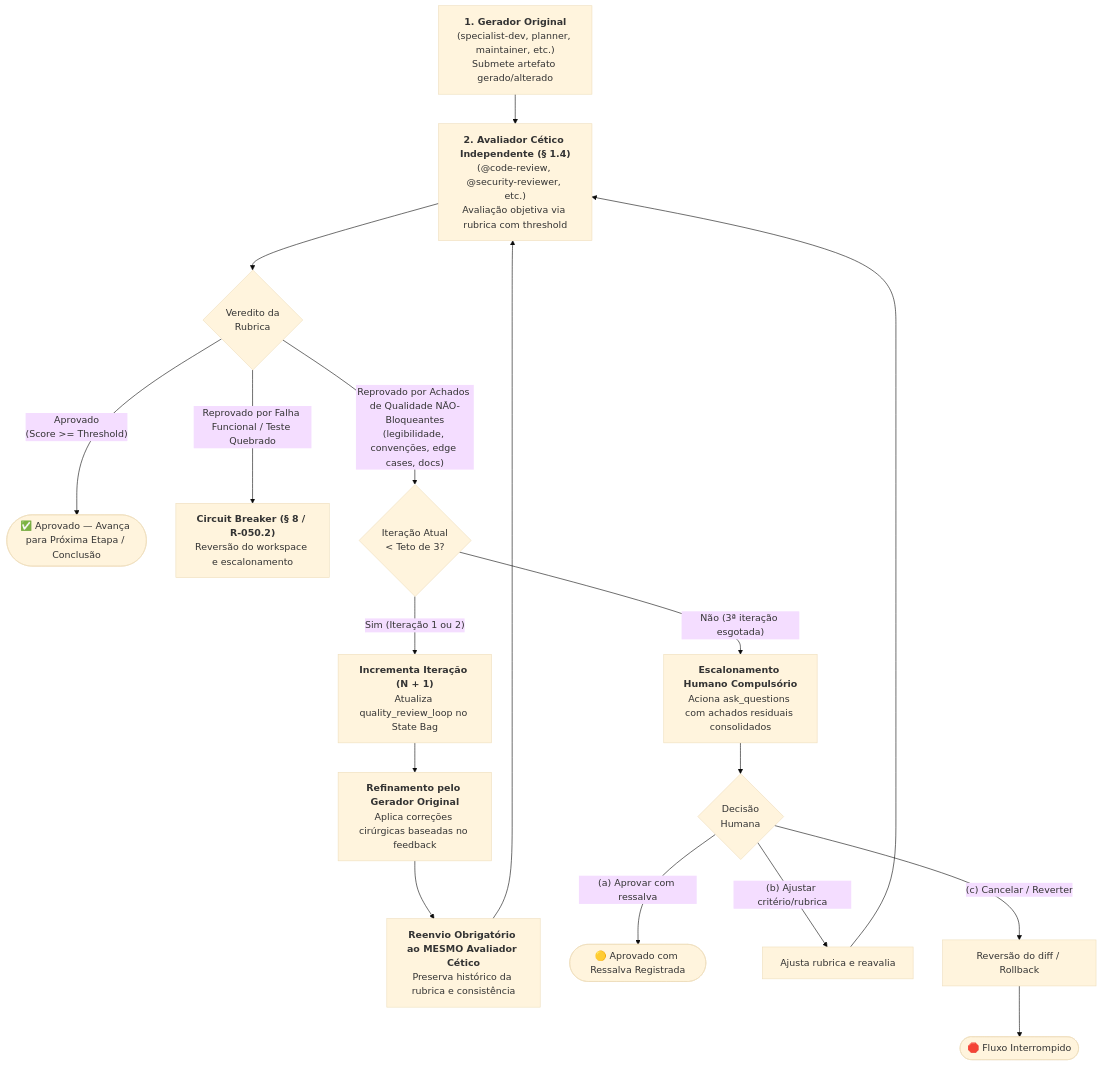
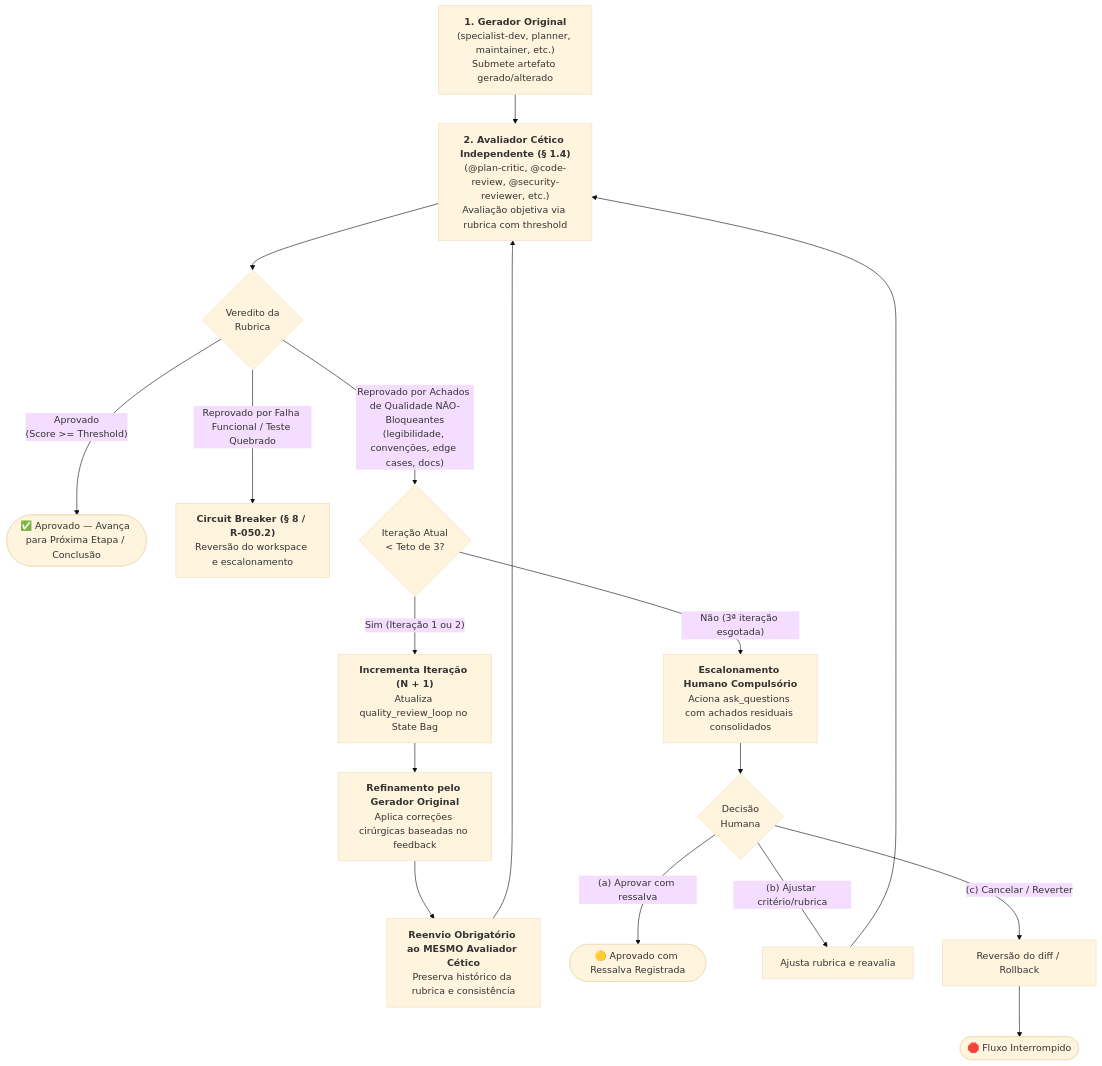
Before and after one commit to jezreel8858/deep-agents-copilot: the first of 2 diagrams in .github/agents/workflows.md, drawn with Mermaid (base theme). The commit also changed 39 other files, not shown here.

````diff
--- a/.github/agents/workflows.md
+++ b/.github/agents/workflows.md
@@ -60,23 +60,23 @@
 ```mermaid
 flowchart TD
-    Gen["<b>1. Gerador Original</b><br/>(specialist-dev, planner, maintainer, etc.)<br/>Submete artefato gerado/alterado"] --> Eval["<b>2. Avaliador Cético Independente (§ 1.4)</b><br/>(@code-review, @security-reviewer, etc.)<br/>Avaliação objetiva via rubrica com threshold"]
+    Gen["<b>1. Gerador Original</b><br/>(specialist-dev, planner, maintainer, etc.)<br/>Submete artefato gerado/alterado"] --> Eval["<b>2. Avaliador Cético Independente (§ 1.4)</b><br/>(@plan-critic, @code-review, @security-reviewer, etc.)<br/>Avaliação objetiva via rubrica com threshold"]
 
     Eval --> CheckVerdict{"Veredito da<br/>Rubrica"}
 
     CheckVerdict -- "Aprovado<br/>(Score >= Threshold)" --> Approved(["✅ Aprovado — Avança para Próxima Etapa / Conclusão"])
 
     CheckVerdict -- "Reprovado por Falha Funcional / Teste Quebrado" --> CircuitBreaker["<b>Circuit Breaker (§ 8 / R-050.2)</b><br/>Reversão do workspace e escalonamento"]
 
     CheckVerdict -- "Reprovado por Achados de Qualidade NÃO-Bloqueantes<br/>(legibilidade, convenções, edge cases, docs)" --> CheckIter{"Iteração Atual<br/>&lt; Teto de 3?"}
 
     CheckIter -- "Sim (Iteração 1 ou 2)" --> IncIter["<b>Incrementa Iteração (N + 1)</b><br/>Atualiza quality_review_loop no State Bag"]
     IncIter --> Refine["<b>Refinamento pelo Gerador Original</b><br/>Aplica correções cirúrgicas baseadas no feedback"]
     Refine --> Resubmit["<b>Reenvio Obrigatório ao MESMO Avaliador Cético</b><br/>Preserva histórico da rubrica e consistência"]
     Resubmit --> Eval
 
     CheckIter -- "Não (3ª iteração esgotada)" --> Escalate["<b>Escalonamento Humano Compulsório</b><br/>Aciona ask_questions com achados residuais consolidados"]
     Escalate --> HumanDecision{"Decisão<br/>Humana"}
     HumanDecision -- "(a) Aprovar com ressalva" --> ApprovedCaveat(["🟡 Aprovado com Ressalva Registrada"])
     HumanDecision -- "(b) Ajustar critério/rubrica" --> AdjustRubric["Ajusta rubrica e reavalia"] --> Eval
     HumanDecision -- "(c) Cancelar / Reverter" --> Rollback["Reversão do diff / Rollback"] --> EndCancel(["🛑 Fluxo Interrompido"])
 ```
````
